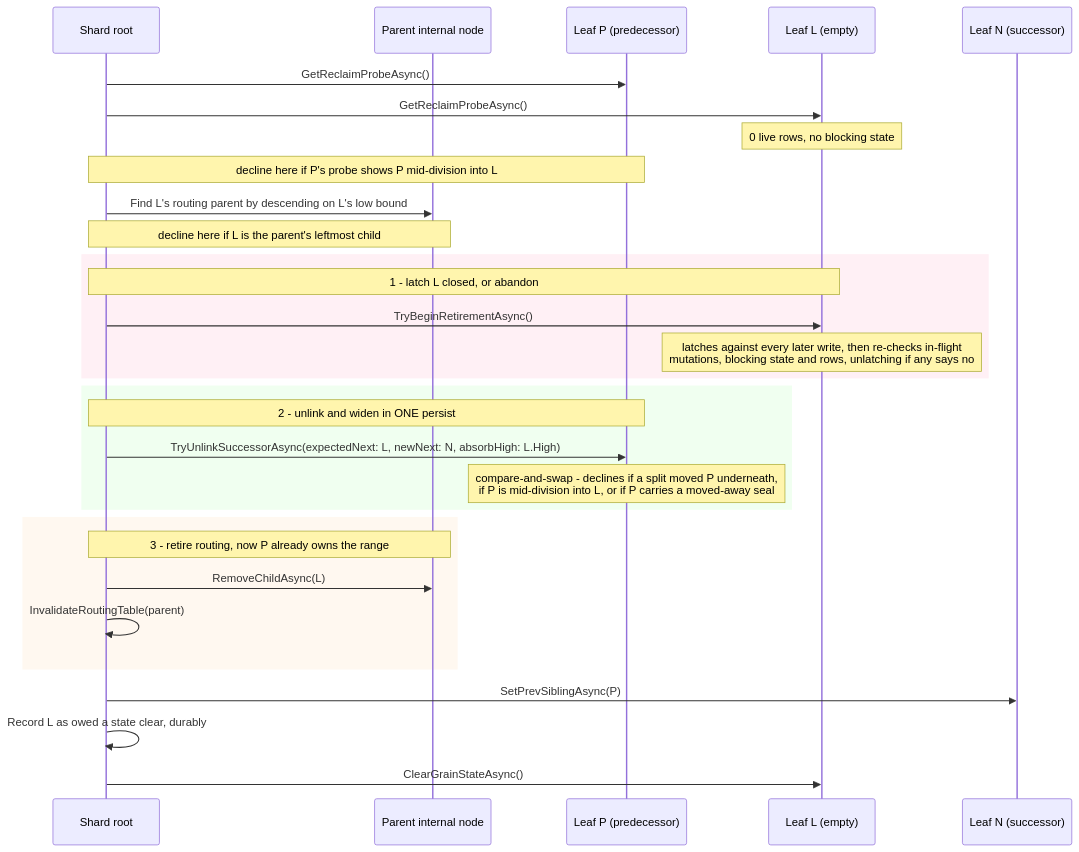
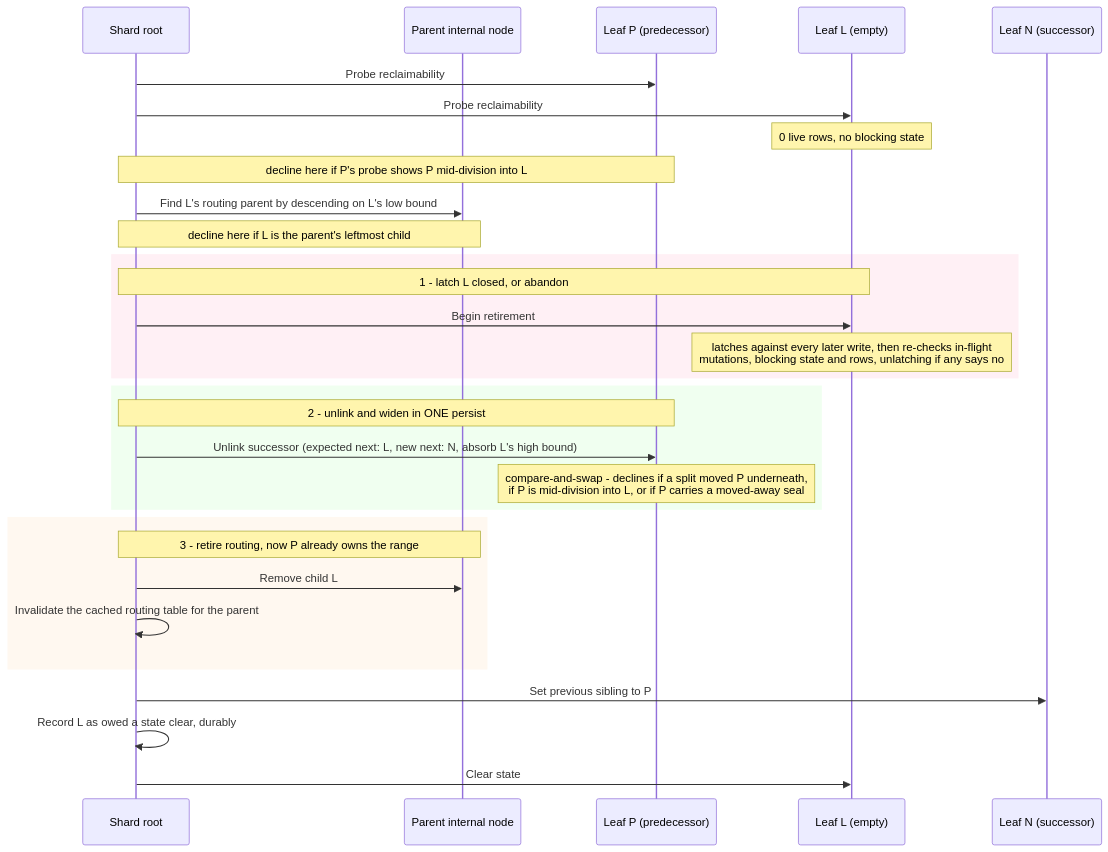
Before and after one commit to NSTA1/Orleans.Lattice: the fourth of 4 diagrams in docs/lattice/tree-structure.md, drawn with Mermaid. The commit also changed other lines of this file and 394 other files, not shown here.

````diff
--- a/docs/lattice/tree-structure.md
+++ b/docs/lattice/tree-structure.md
@@ -164,37 +164,37 @@
 ```mermaid
 sequenceDiagram
     participant Root as Shard root
     participant Parent as Parent internal node
     participant Prev as Leaf P (predecessor)
     participant Leaf as Leaf L (empty)
     participant Next as Leaf N (successor)
 
-    Root->>Prev: GetReclaimProbeAsync()
-    Root->>Leaf: GetReclaimProbeAsync()
+    Root->>Prev: Probe reclaimability
+    Root->>Leaf: Probe reclaimability
     Note over Leaf: 0 live rows, no blocking state
     Note over Root,Prev: decline here if P's probe shows P mid-division into L
     Root->>Parent: Find L's routing parent by descending on L's low bound
     Note over Root,Parent: decline here if L is the parent's leftmost child
 
     rect rgb(255, 240, 245)
     Note over Root,Leaf: 1 - latch L closed, or abandon
-    Root->>Leaf: TryBeginRetirementAsync()
+    Root->>Leaf: Begin retirement
     Note over Leaf: latches against every later write, then re-checks in-flight<br/>mutations, blocking state and rows, unlatching if any says no
     end
 
     rect rgb(240, 255, 240)
     Note over Root,Prev: 2 - unlink and widen in ONE persist
-    Root->>Prev: TryUnlinkSuccessorAsync(expectedNext: L, newNext: N, absorbHigh: L.High)
+    Root->>Prev: Unlink successor (expected next: L, new next: N, absorb L's high bound)
     Note over Prev: compare-and-swap - declines if a split moved P underneath,<br/>if P is mid-division into L, or if P carries a moved-away seal
     end
 
     rect rgb(255, 248, 240)
     Note over Root,Parent: 3 - retire routing, now P already owns the range
-    Root->>Parent: RemoveChildAsync(L)
-    Root->>Root: InvalidateRoutingTable(parent)
+    Root->>Parent: Remove child L
+    Root->>Root: Invalidate the cached routing table for the parent
     end
 
-    Root->>Next: SetPrevSiblingAsync(P)
+    Root->>Next: Set previous sibling to P
     Root->>Root: Record L as owed a state clear, durably
-    Root->>Leaf: ClearGrainStateAsync()
+    Root->>Leaf: Clear state
 ```
````
